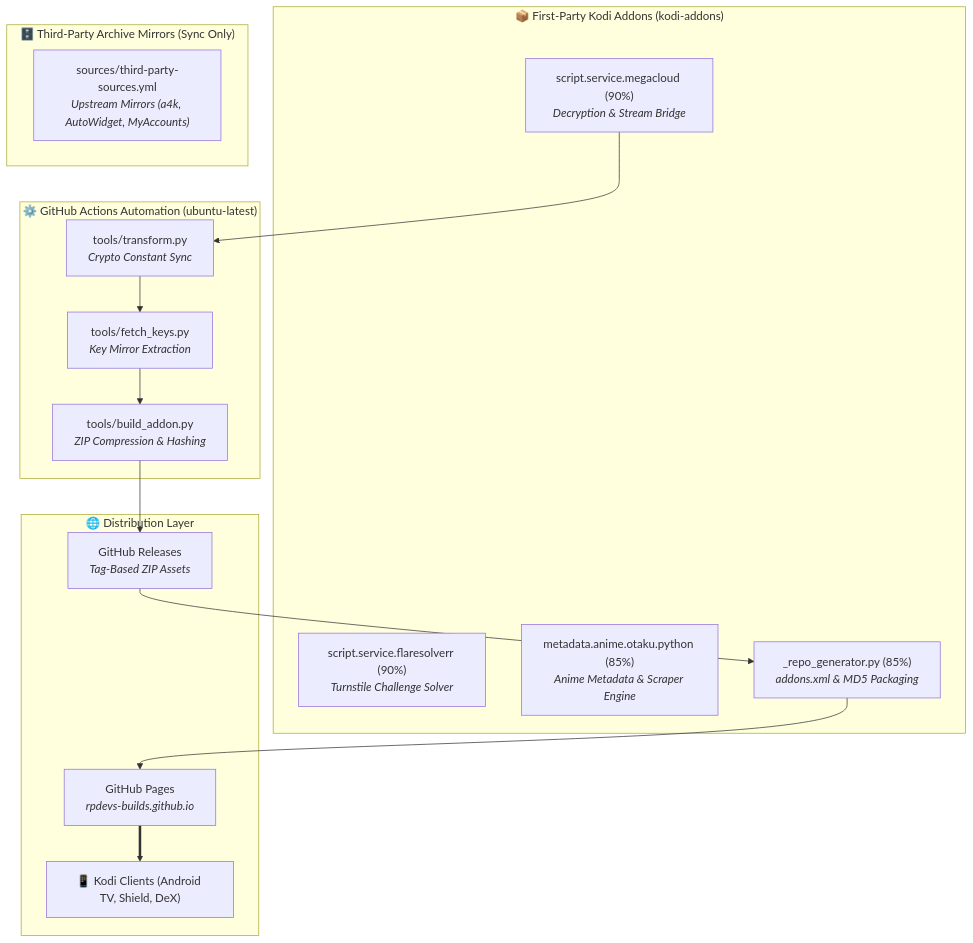
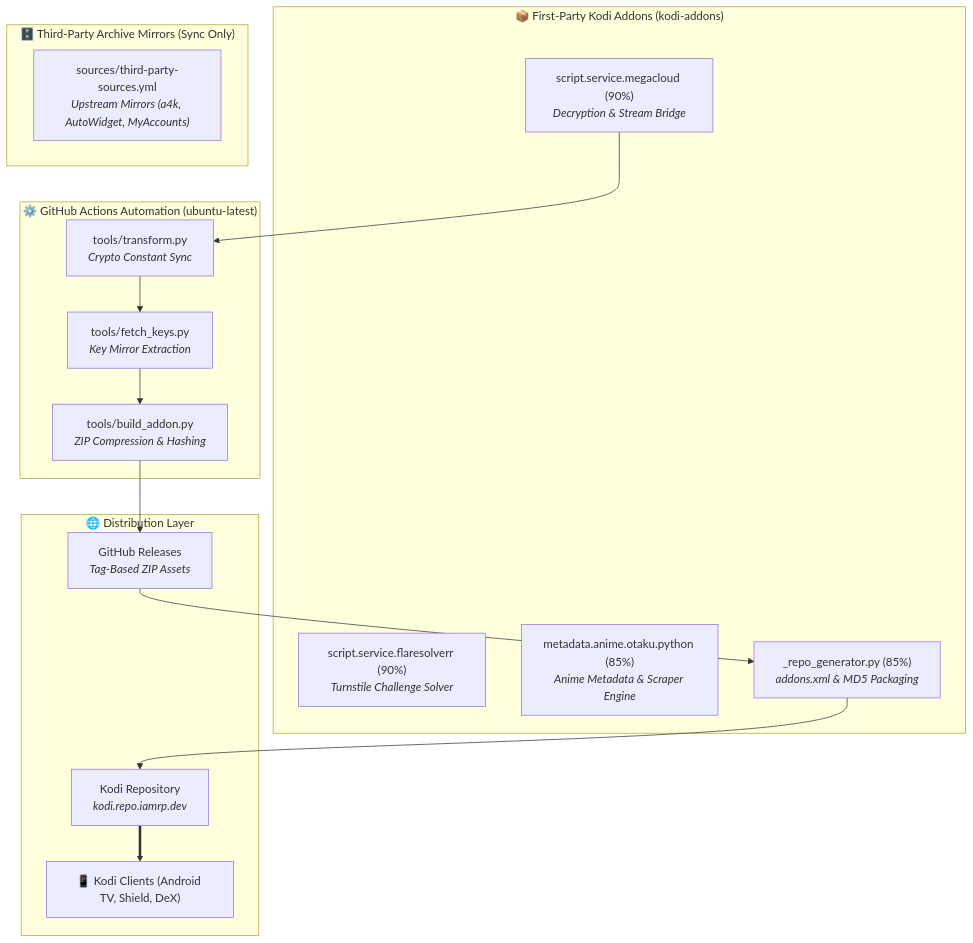
Before and after one commit to rpdev-cdn/wiki.iamrp.dev: the diagram in content/projects/Tools/kodi-ecosystem.md, drawn with Mermaid. The commit also changed other lines of this file and 5 other files, not shown here.

Commit message:
feat(nav): update sovereign ecosystem nav to point to repo.iamrp.dev and document sovereign package repos

````diff
--- a/content/projects/Tools/kodi-ecosystem.md
+++ b/content/projects/Tools/kodi-ecosystem.md
@@ -33,33 +33,33 @@
 ```mermaid
 graph TD
     subgraph Monorepo["📦 First-Party Kodi Addons (kodi-addons)"]
         MegaCloud["script.service.megacloud (90%)<br><i>Decryption & Stream Bridge</i>"]
         FlareSolverr["script.service.flaresolverr (90%)<br><i>Turnstile Challenge Solver</i>"]
         Otaku["metadata.anime.otaku.python (85%)<br><i>Anime Metadata & Scraper Engine</i>"]
         RepoGen["_repo_generator.py (85%)<br><i>addons.xml & MD5 Packaging</i>"]
     end
 
     subgraph CI["⚙️ GitHub Actions Automation (ubuntu-latest)"]
         SyncScript["tools/transform.py<br><i>Crypto Constant Sync</i>"]
         KeyFetcher["tools/fetch_keys.py<br><i>Key Mirror Extraction</i>"]
         Packager["tools/build_addon.py<br><i>ZIP Compression & Hashing</i>"]
     end
 
     subgraph ThirdParty["🗄️ Third-Party Archive Mirrors (Sync Only)"]
         TPManifest["sources/third-party-sources.yml<br><i>Upstream Mirrors (a4k, AutoWidget, MyAccounts)</i>"]
     end
 
     subgraph Distribution["🌐 Distribution Layer"]
-        PagesDeploy["GitHub Pages<br><i>rpdevs-builds.github.io</i>"]
+        PagesDeploy["Kodi Repository<br><i>kodi.repo.iamrp.dev</i>"]
         Releases["GitHub Releases<br><i>Tag-Based ZIP Assets</i>"]
         Clients["📱 Kodi Clients (Android TV, Shield, DeX)"]
     end
 
     MegaCloud --> SyncScript
     SyncScript --> KeyFetcher
     KeyFetcher --> Packager
     Packager --> Releases
     Releases --> RepoGen
     RepoGen --> PagesDeploy
     PagesDeploy ==> Clients
 ```
````
